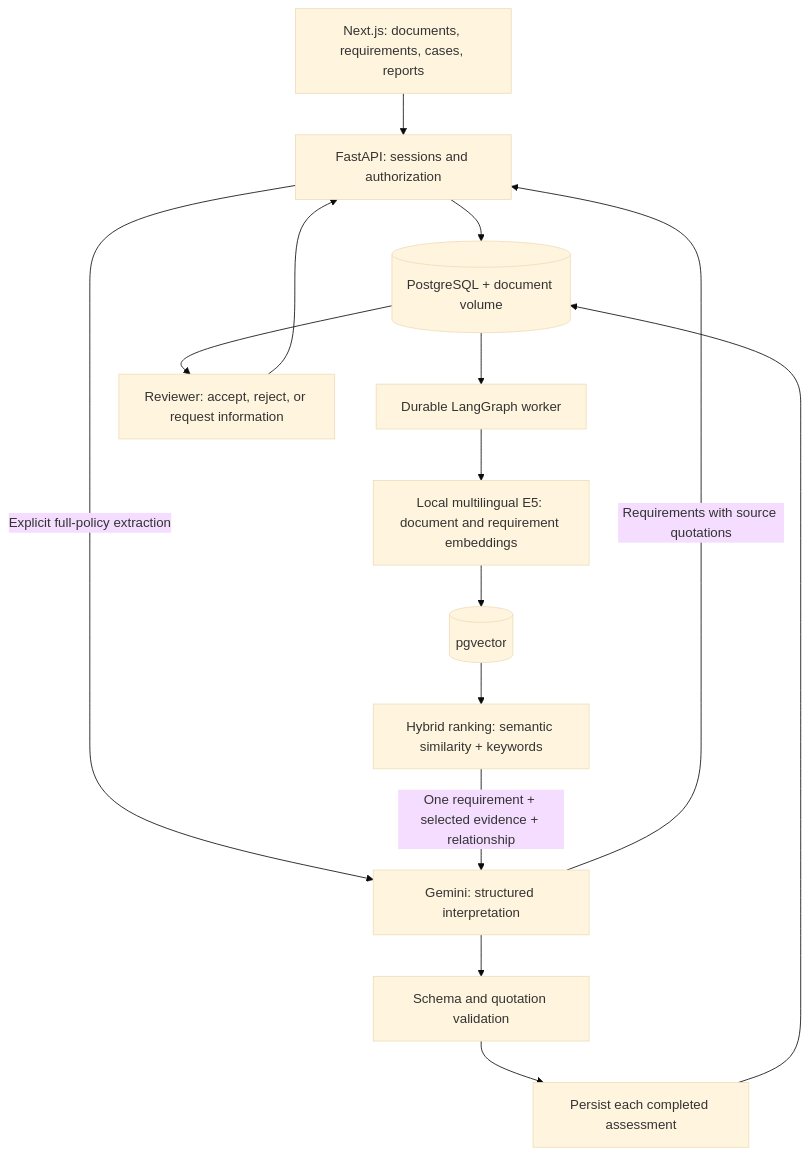
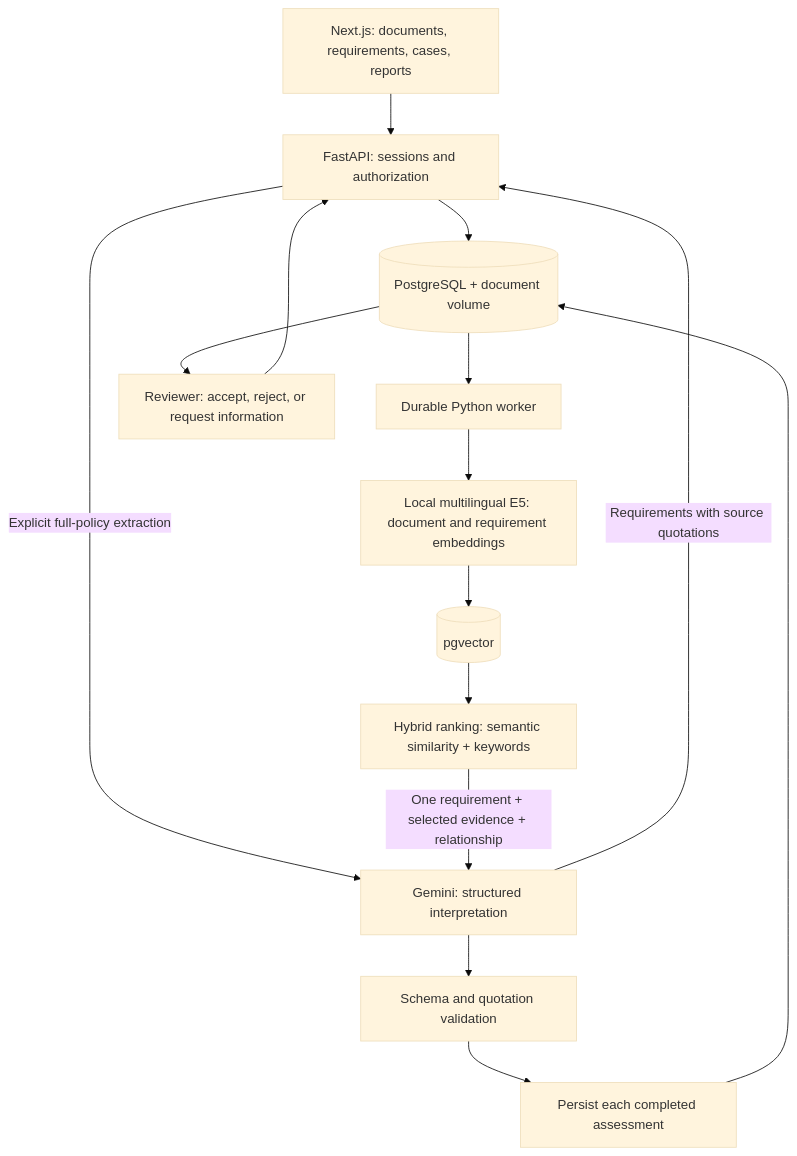
One commit to Arek525/counterparty_risk_analyst changed the diagram in README.md. Above: the diagram before and after it, drawn with Mermaid (base theme). The commit also changed other lines of this file and 24 other files, not shown here.

````diff
--- a/README.md
+++ b/README.md
@@ -72,17 +72,17 @@
 ```mermaid
 flowchart TD
     UI[Next.js: documents, requirements, cases, reports] --> API[FastAPI: sessions and authorization]
     API --> Store[(PostgreSQL + document volume)]
     API -->|Explicit full-policy extraction| Gemini[Gemini: structured interpretation]
     Gemini -->|Requirements with source quotations| API
-    Store --> Worker[Durable LangGraph worker]
+    Store --> Worker[Durable Python worker]
     Worker --> E5[Local multilingual E5: document and requirement embeddings]
     E5 --> Vectors[(pgvector)]
     Vectors --> Retrieve[Hybrid ranking: semantic similarity + keywords]
     Retrieve -->|One requirement + selected evidence + relationship| Gemini
     Gemini --> Validate[Schema and quotation validation]
     Validate --> Save[Persist each completed assessment]
     Save --> Store
     Store --> Review[Reviewer: accept, reject, or request information]
     Review --> API
 ```
````
